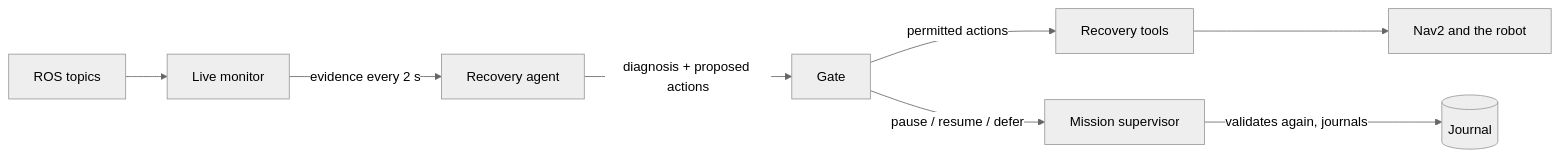
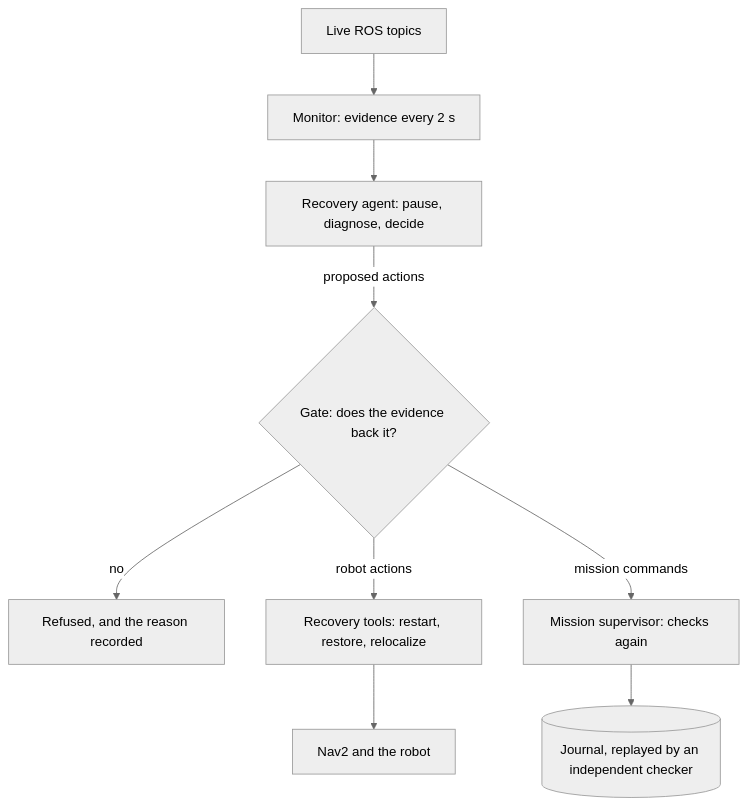
The first of 2 diagrams in README.md (ApurvK032/ros-llm-ops), drawn with Mermaid (neutral theme) before and after one commit. The commit also changed other lines of this file and 14 other files, not shown here.

````diff
--- a/README.md
+++ b/README.md
@@ -64,10 +65,11 @@
 ```mermaid
-flowchart LR
-    T[ROS topics] --> M[Live monitor]
-    M -->|evidence every 2 s| A[Recovery agent]
-    A -->|diagnosis + proposed actions| G[Gate]
-    G -->|permitted actions| R[Recovery tools]
-    G -->|pause / resume / defer| S[Mission supervisor]
+flowchart TD
+    T[Live ROS topics] --> M[Monitor: evidence every 2 s]
+    M --> A[Recovery agent: pause, diagnose, decide]
+    A -->|proposed actions| G{Gate: does the evidence back it?}
+    G -->|no| X[Refused, and the reason recorded]
+    G -->|robot actions| R[Recovery tools: restart, restore, relocalize]
+    G -->|mission commands| S[Mission supervisor: checks again]
     R --> N[Nav2 and the robot]
-    S -->|validates again, journals| J[(Journal)]
+    S --> J[(Journal, replayed by an independent checker)]
 ```
````
